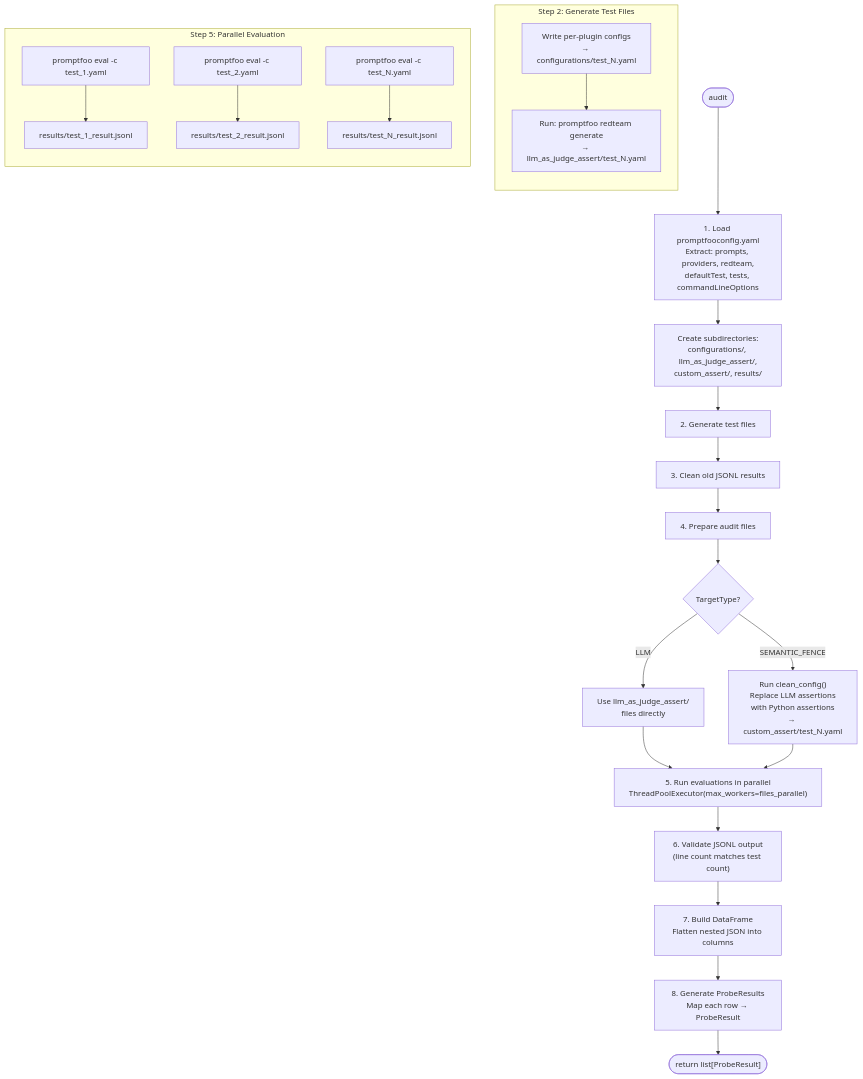
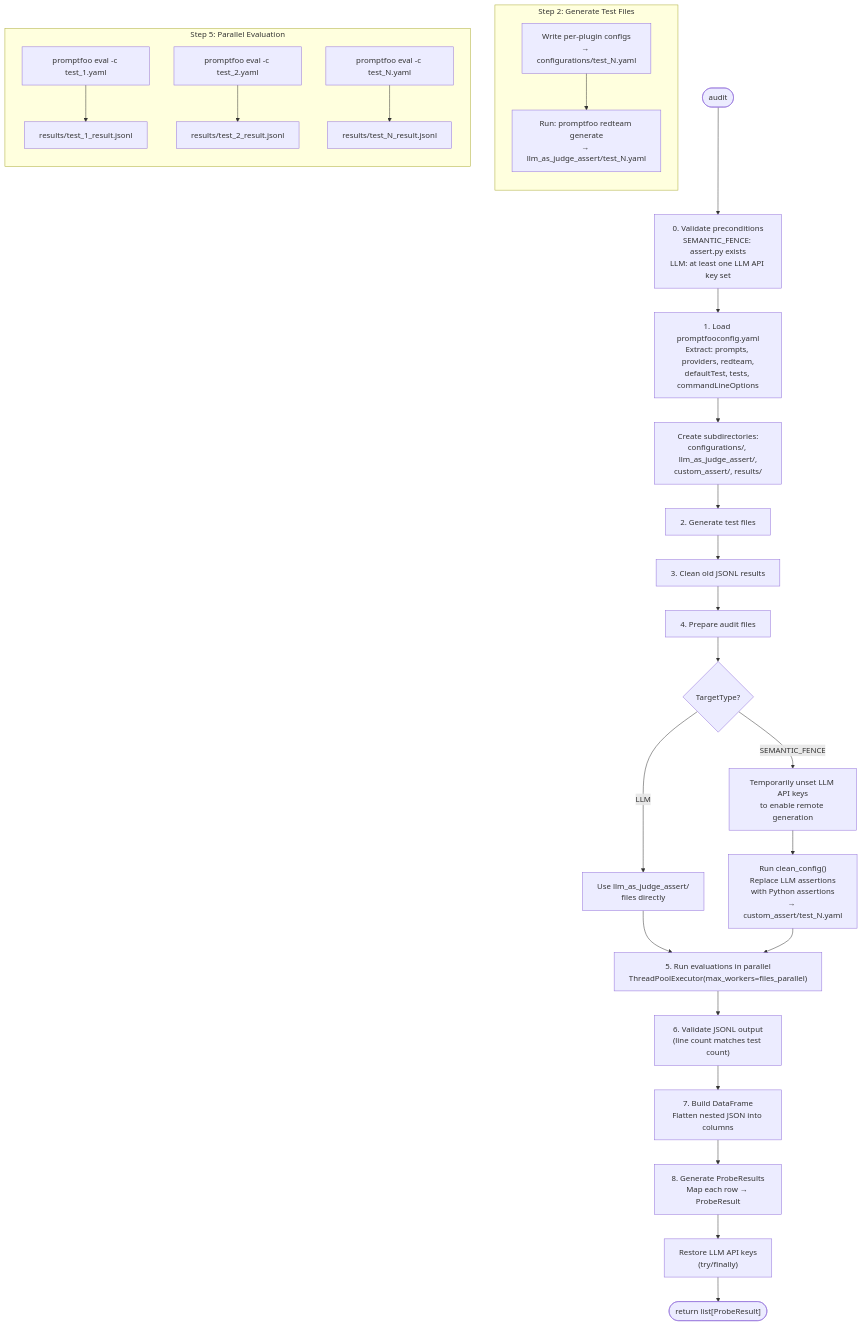
One commit to tekdatum/pen-tester-cli changed the second of 4 diagrams in docs/promptfoo.md. Above: the diagram before and after it, drawn with Mermaid. The commit also changed other lines of this file and 1 other file, not shown here.

````diff
--- a/docs/promptfoo.md
+++ b/docs/promptfoo.md
@@ -43,33 +43,36 @@
 ```mermaid
 flowchart TD
-    Start([audit]) --> LoadConfig["1. Load promptfooconfig.yaml<br/>Extract: prompts, providers, redteam,<br/>defaultTest, tests, commandLineOptions"]
+    Start([audit]) --> Preconditions["0. Validate preconditions<br/>SEMANTIC_FENCE: assert.py exists<br/>LLM: at least one LLM API key set"]
+    Preconditions --> LoadConfig["1. Load promptfooconfig.yaml<br/>Extract: prompts, providers, redteam,<br/>defaultTest, tests, commandLineOptions"]
     LoadConfig --> EnsureDirs["Create subdirectories:<br/>configurations/, llm_as_judge_assert/,<br/>custom_assert/, results/"]
     EnsureDirs --> GenTests["2. Generate test files"]
 
     subgraph GenTests_Detail ["Step 2: Generate Test Files"]
         direction TB
         WritePlugins["Write per-plugin configs<br/>→ configurations/test_N.yaml"] --> RedteamGen["Run: promptfoo redteam generate<br/>→ llm_as_judge_assert/test_N.yaml"]
     end
 
     GenTests --> CleanResults["3. Clean old JSONL results"]
     CleanResults --> PrepareFiles["4. Prepare audit files"]
 
     PrepareFiles --> TargetCheck{TargetType?}
     TargetCheck -->|LLM| UseLLM["Use llm_as_judge_assert/<br/>files directly"]
-    TargetCheck -->|SEMANTIC_FENCE| CleanConfig["Run clean_config()<br/>Replace LLM assertions<br/>with Python assertions<br/>→ custom_assert/test_N.yaml"]
+    TargetCheck -->|SEMANTIC_FENCE| UnsetKeys["Temporarily unset LLM API keys<br/>to enable remote generation"]
+    UnsetKeys --> CleanConfig["Run clean_config()<br/>Replace LLM assertions<br/>with Python assertions<br/>→ custom_assert/test_N.yaml"]
 
     UseLLM --> RunEval["5. Run evaluations in parallel<br/>ThreadPoolExecutor(max_workers=files_parallel)"]
     CleanConfig --> RunEval
 
     subgraph RunEval_Detail ["Step 5: Parallel Evaluation"]
         direction TB
         Eval1["promptfoo eval -c test_1.yaml"] --> Result1["results/test_1_result.jsonl"]
         Eval2["promptfoo eval -c test_2.yaml"] --> Result2["results/test_2_result.jsonl"]
         EvalN["promptfoo eval -c test_N.yaml"] --> ResultN["results/test_N_result.jsonl"]
     end
 
     RunEval --> Validate["6. Validate JSONL output<br/>(line count matches test count)"]
     Validate --> BuildDF["7. Build DataFrame<br/>Flatten nested JSON into columns"]
     BuildDF --> ProbeResults["8. Generate ProbeResults<br/>Map each row → ProbeResult"]
-    ProbeResults --> End(["return list[ProbeResult]"])
+    ProbeResults --> RestoreKeys["Restore LLM API keys<br/>(try/finally)"]
+    RestoreKeys --> End(["return list[ProbeResult]"])
 ```
````
